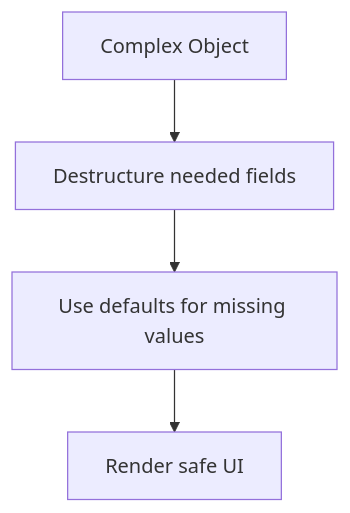
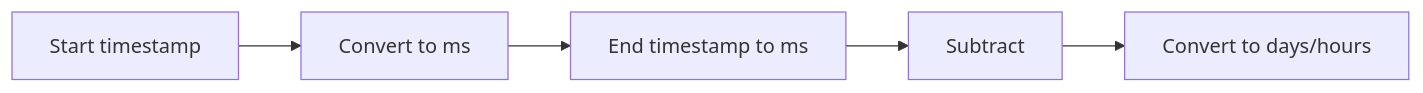
Diagram 46 of 49 in JavaScript-Beginners-Guide.md (AbhishekDhone7/javascript-git-basics), drawn with Mermaid before and after one commit. The commit also changed other lines of this file, not shown here.

Commit message:
corrected major patch in section 15 and 16 mermaid dig not rendering

````diff
--- a/JavaScript-Beginners-Guide.md
+++ b/JavaScript-Beginners-Guide.md
@@ -5713,6 +5496,7 @@
 ```mermaid
-flowchart TD
-A[Complex Object] --> B[Destructure needed fields]
-B --> C[Use defaults for missing values]
-C --> D[Render safe UI]
+flowchart LR
+A[Start timestamp] --> B[Convert to ms]
+B --> C[End timestamp to ms]
+C --> D[Subtract]
+D --> E[Convert to days/hours]
 ```
````
